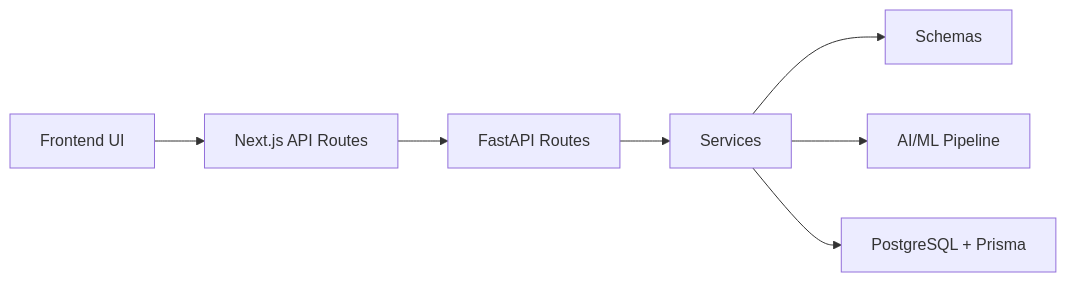
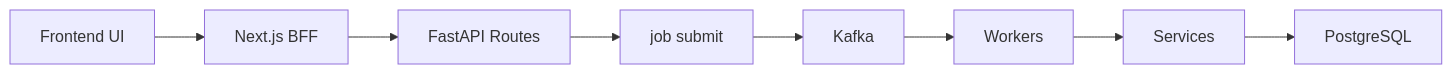
The fourth of 4 diagrams in src/data/docs/talentsync/Project Overview/Key Features Breakdown.md (tashifkhan/tashif.codes), drawn with Mermaid before and after one commit. The commit also changed other lines of this file and 2128 other files, not shown here.

First line of the commit message:
docs: replace raster diagram images with native Mermaid across project guides

````diff
--- a/src/data/docs/talentsync/Project Overview/Key Features Breakdown.md
+++ b/src/data/docs/talentsync/Project Overview/Key Features Breakdown.md
@@ -316,9 +139,10 @@
 ```mermaid
 graph LR
-FE_UI["Frontend UI"] --> FE_API["Next.js API Routes"]
+FE_UI["Frontend UI"] --> FE_API["Next.js BFF"]
 FE_API --> BE_ROUTES["FastAPI Routes"]
-BE_ROUTES --> BE_SERVICES["Services"]
-BE_SERVICES --> BE_MODELS["Schemas"]
-BE_SERVICES --> ML_PIPE["AI/ML Pipeline"]
-BE_SERVICES --> DB["PostgreSQL + Prisma"]
+BE_ROUTES --> JOBS["job submit"]
+JOBS --> K["Kafka"]
+K --> W["Workers"]
+W --> SVC["Services"]
+SVC --> DB["PostgreSQL"]
 ```
````
